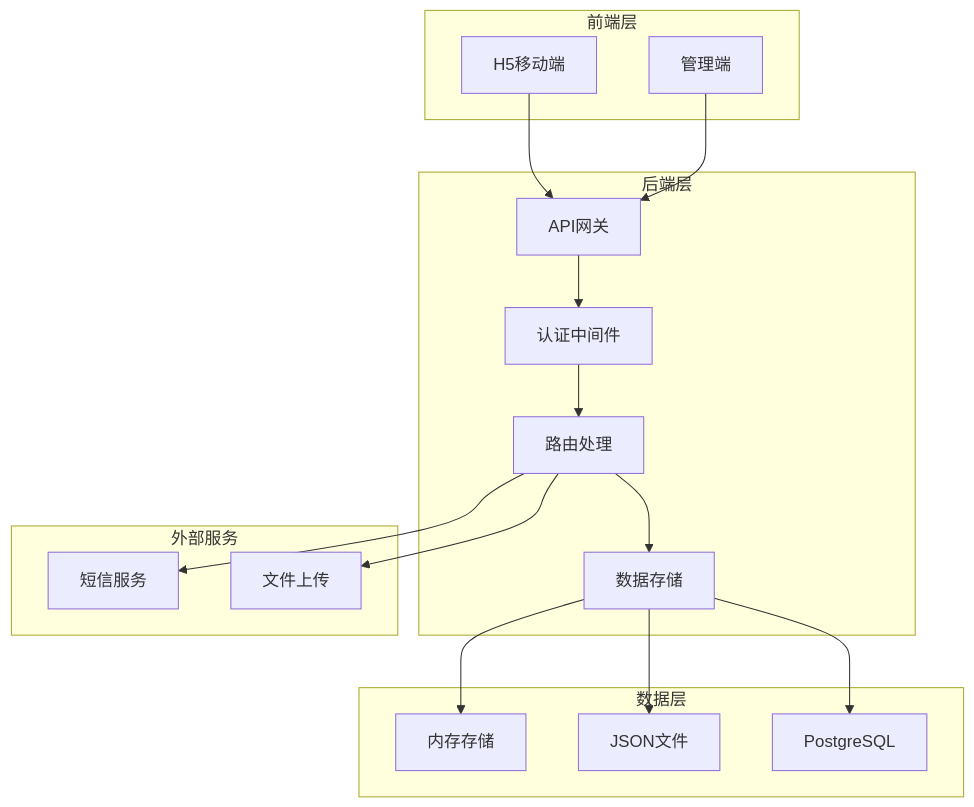
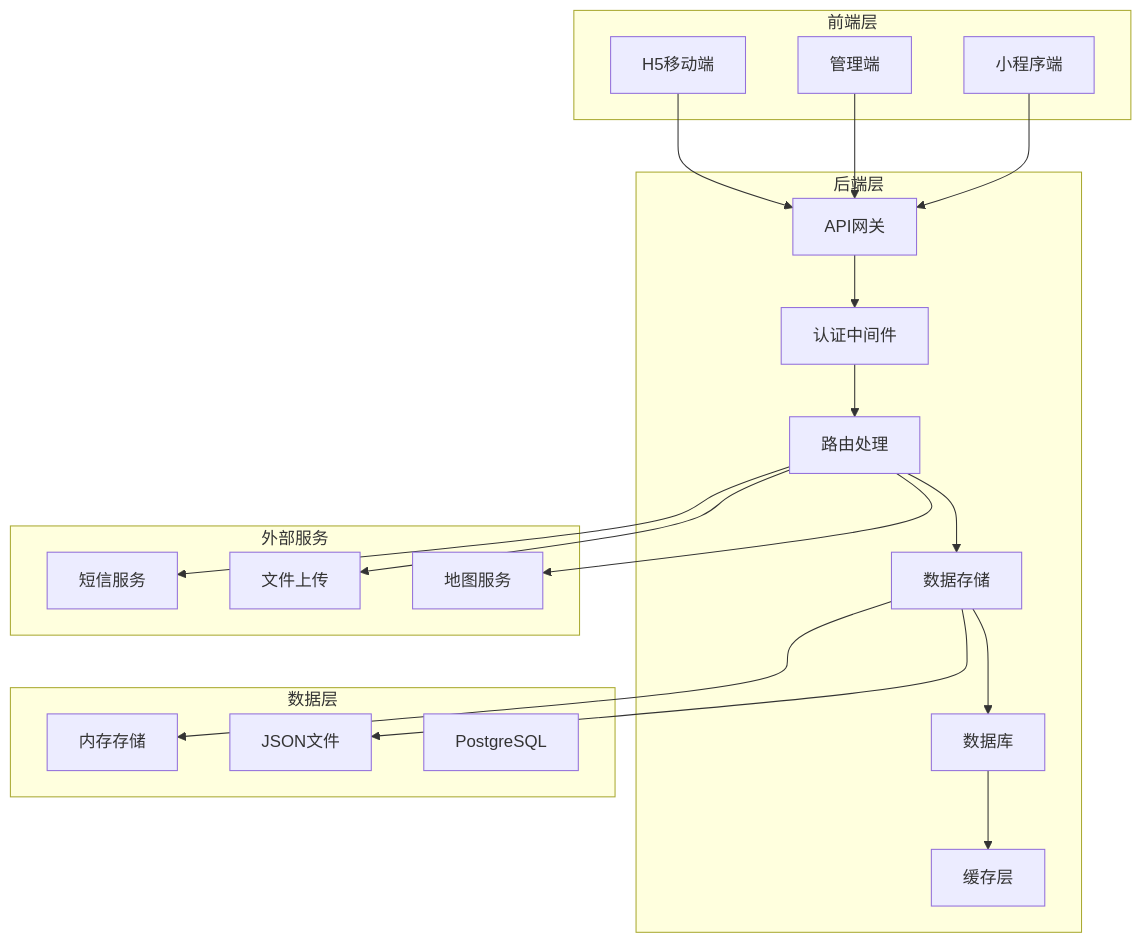
The first of 17 diagrams in .qoder/repowiki/zh/content/业务功能模块/医疗配送模块功能设计.md (Giraffe-Han/microAPP), drawn with Mermaid before and after one commit. The commit also changed other lines of this file and 14 other files, not shown here.

````diff
--- a/.qoder/repowiki/zh/content/业务功能模块/医疗配送模块功能设计.md
+++ b/.qoder/repowiki/zh/content/业务功能模块/医疗配送模块功能设计.md
@@ -74,32 +91,39 @@
 ```mermaid
 graph TB
 subgraph "前端层"
 H5[H5移动端]
 Admin[管理端]
+MiniProgram[小程序端]
 end
 subgraph "后端层"
 API[API网关]
 Auth[认证中间件]
 Routes[路由处理]
 Storage[数据存储]
+DB[数据库]
+Cache[缓存层]
 end
 subgraph "数据层"
 Memory[内存存储]
 File[JSON文件]
 PG[PostgreSQL]
 end
 subgraph "外部服务"
 SMS[短信服务]
 Upload[文件上传]
+Map[地图服务]
 end
 H5 --> API
 Admin --> API
+MiniProgram --> API
 API --> Auth
 Auth --> Routes
 Routes --> Storage
 Storage --> Memory
 Storage --> File
-Storage --> PG
+Storage --> DB
+DB --> Cache
 Routes --> SMS
 Routes --> Upload
+Routes --> Map
 ```
````
